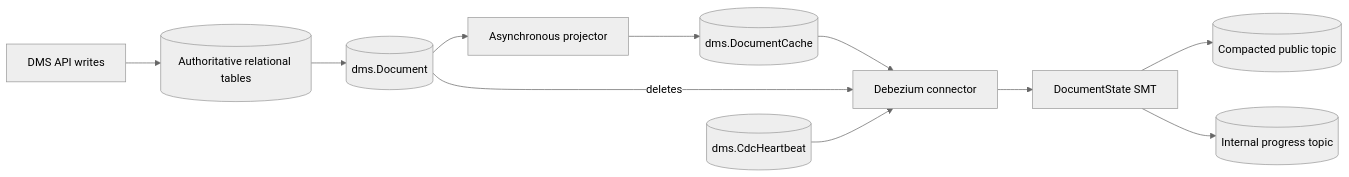
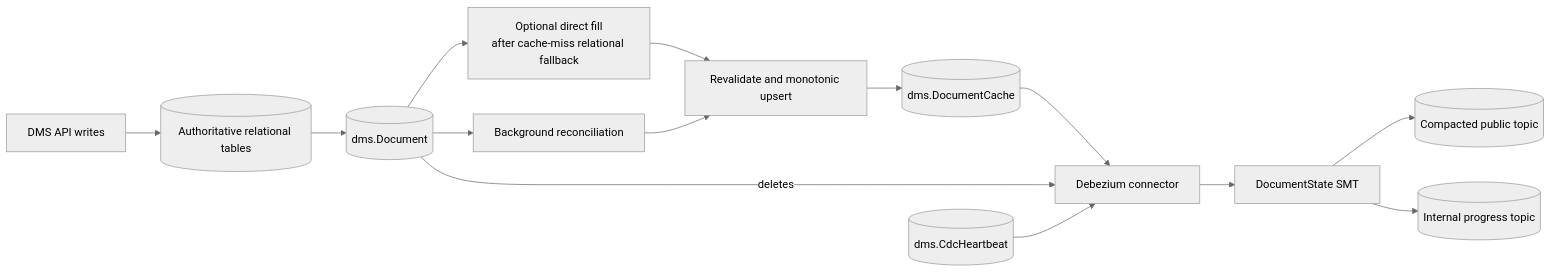
One commit to Ed-Fi-Alliance-OSS/Data-Management-Service changed the first of 10 diagrams in PRESENTATION.md. Above: the diagram before and after it, drawn with Mermaid (neutral theme).

````diff
--- a/PRESENTATION.md
+++ b/PRESENTATION.md
@@ -62,13 +62,16 @@
 ```mermaid
 flowchart LR
     API[DMS API writes] --> DB[(Authoritative relational tables)]
     DB --> DOC[(dms.Document)]
-    DOC --> P[Asynchronous projector]
-    P --> CACHE[(dms.DocumentCache)]
+    DOC --> FILL[Optional direct fill<br/>after cache-miss relational fallback]
+    DOC --> RECON[Background reconciliation]
+    FILL --> UPSERT[Revalidate and monotonic upsert]
+    RECON --> UPSERT
+    UPSERT --> CACHE[(dms.DocumentCache)]
     CACHE --> DEB[Debezium connector]
     DOC -->|deletes| DEB
     HB[(dms.CdcHeartbeat)] --> DEB
     DEB --> SMT[DocumentState SMT]
     SMT --> PUB[(Compacted public topic)]
     SMT --> PROG[(Internal progress topic)]
 ```
````
